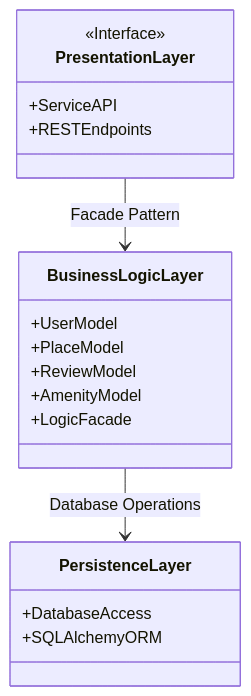
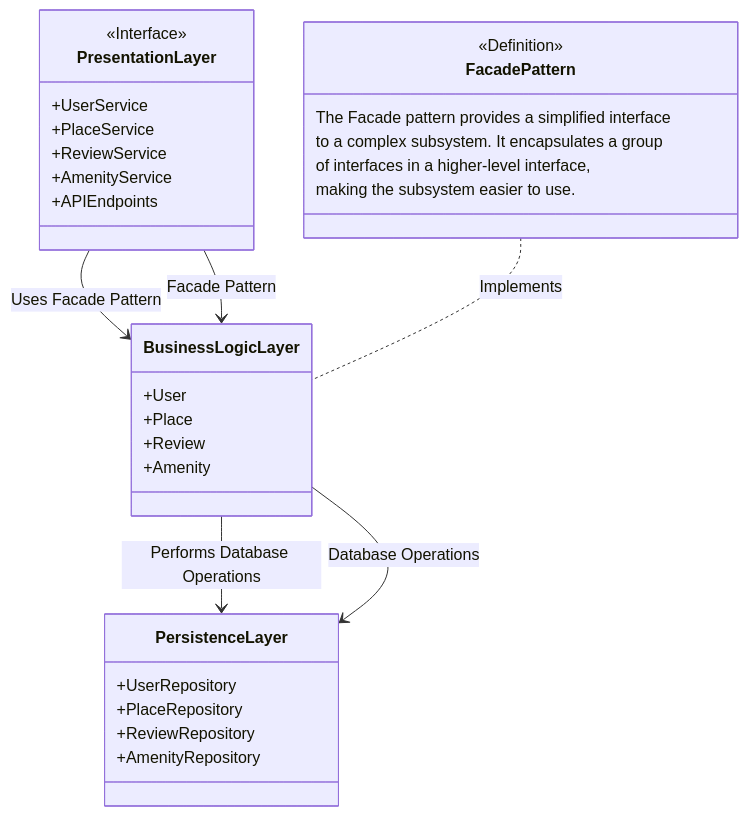
The first of 3 diagrams in HBnB-UML/3. Documentation_Compilation.md (Arinhakeo/HBnB-Evolution), drawn with Mermaid before and after one commit.

Commit message:
Update 3. Documentation_Compilation.md

````diff
--- a/HBnB-UML/3. Documentation_Compilation.md
+++ b/HBnB-UML/3. Documentation_Compilation.md
@@ -17,22 +17,37 @@
 ```mermaid
 classDiagram
-class PresentationLayer {
-    <<Interface>>
-    +ServiceAPI
-    +RESTEndpoints
-}
-class BusinessLogicLayer {
-    +UserModel
-    +PlaceModel
-    +ReviewModel
-    +AmenityModel
-    +LogicFacade
-}
-class PersistenceLayer {
-    +DatabaseAccess
-    +SQLAlchemyORM
-}
+    class PresentationLayer {
+        <<Interface>>
+        +UserService
+        +PlaceService
+        +ReviewService
+        +AmenityService
+        +APIEndpoints
+    }
+    class BusinessLogicLayer {
+        +User
+        +Place
+        +Review
+        +Amenity
+    }
+    class PersistenceLayer {
+        +UserRepository
+        +PlaceRepository
+        +ReviewRepository
+        +AmenityRepository
+    }
+    class FacadePattern {
+        <<Definition>>
+        The Facade pattern provides a simplified interface
+        to a complex subsystem. It encapsulates a group
+        of interfaces in a higher-level interface,
+        making the subsystem easier to use.
+    }
+    PresentationLayer --> BusinessLogicLayer : Uses Facade Pattern
+    BusinessLogicLayer --> PersistenceLayer : Performs Database Operations
+    FacadePattern .. BusinessLogicLayer : Implements
+    %% note right of PresentationLayer : The facade pattern simplifies access to business services.
 
 PresentationLayer --> BusinessLogicLayer : Facade Pattern
 BusinessLogicLayer --> PersistenceLayer : Database Operations
 ```
````
